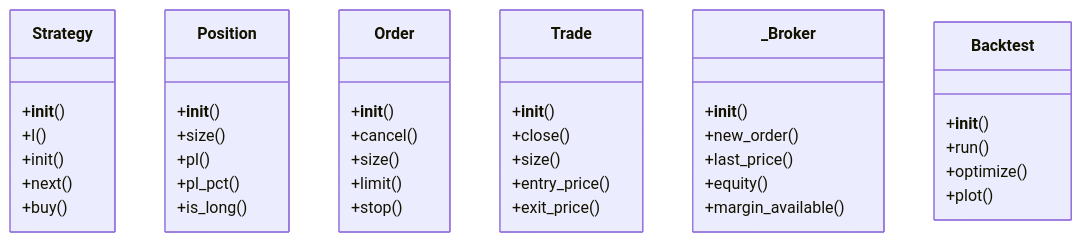
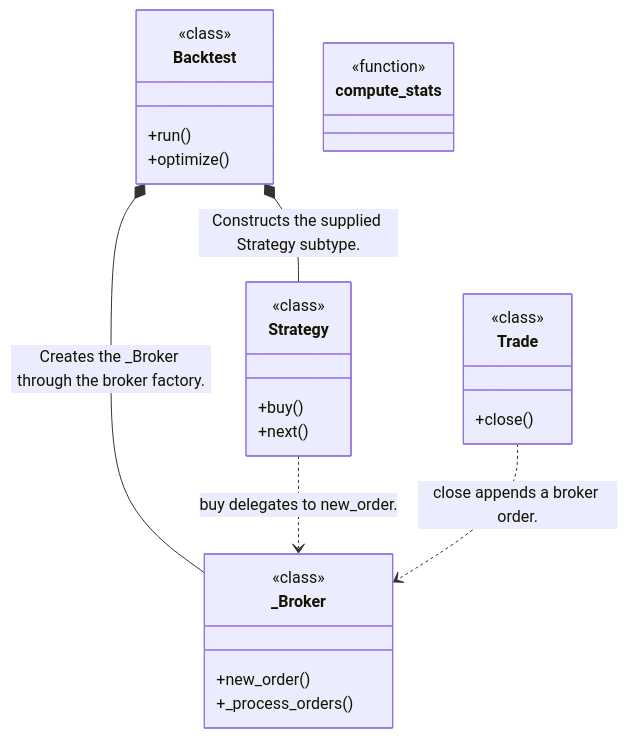
One commit to alexcwyu/backtesting.py changed the second of 4 diagrams in docs/ayu-develop.md. Above: the diagram before and after it, drawn with Mermaid. The commit also changed other lines of this file and 10 other files, not shown here.

Commit message:
docs: standardize source-reviewed system guides and offline diagrams

````diff
--- a/docs/ayu-develop.md
+++ b/docs/ayu-develop.md
@@ -81,44 +93,29 @@
 ```mermaid
 classDiagram
-    class Strategy {
-        +__init__()
-        +I()
-        +init()
-        +next()
-        +buy()
-    }
-    class Position {
-        +__init__()
-        +size()
-        +pl()
-        +pl_pct()
-        +is_long()
-    }
-    class Order {
-        +__init__()
-        +cancel()
-        +size()
-        +limit()
-        +stop()
-    }
-    class Trade {
-        +__init__()
-        +close()
-        +size()
-        +entry_price()
-        +exit_price()
-    }
-    class _Broker {
-        +__init__()
-        +new_order()
-        +last_price()
-        +equity()
-        +margin_available()
-    }
-    class Backtest {
-        +__init__()
-        +run()
-        +optimize()
-        +plot()
-    }
+  class N0["Backtest"] {
+    <<class>>
+    +run()
+    +optimize()
+  }
+  class N1["Strategy"] {
+    <<class>>
+    +buy()
+    +next()
+  }
+  class N2["_Broker"] {
+    <<class>>
+    +new_order()
+    +_process_orders()
+  }
+  class N3["Trade"] {
+    <<class>>
+    +close()
+  }
+  class N4["compute_stats"] {
+    <<function>>
+  }
+  N0 *-- N1 : Constructs the supplied Strategy subtype.
+  N0 *-- N2 : Creates the _Broker through the broker factory.
+  N1 ..> N2 : buy delegates to new_order.
+  N3 ..> N2 : close appends a broker order.
 ```
````
